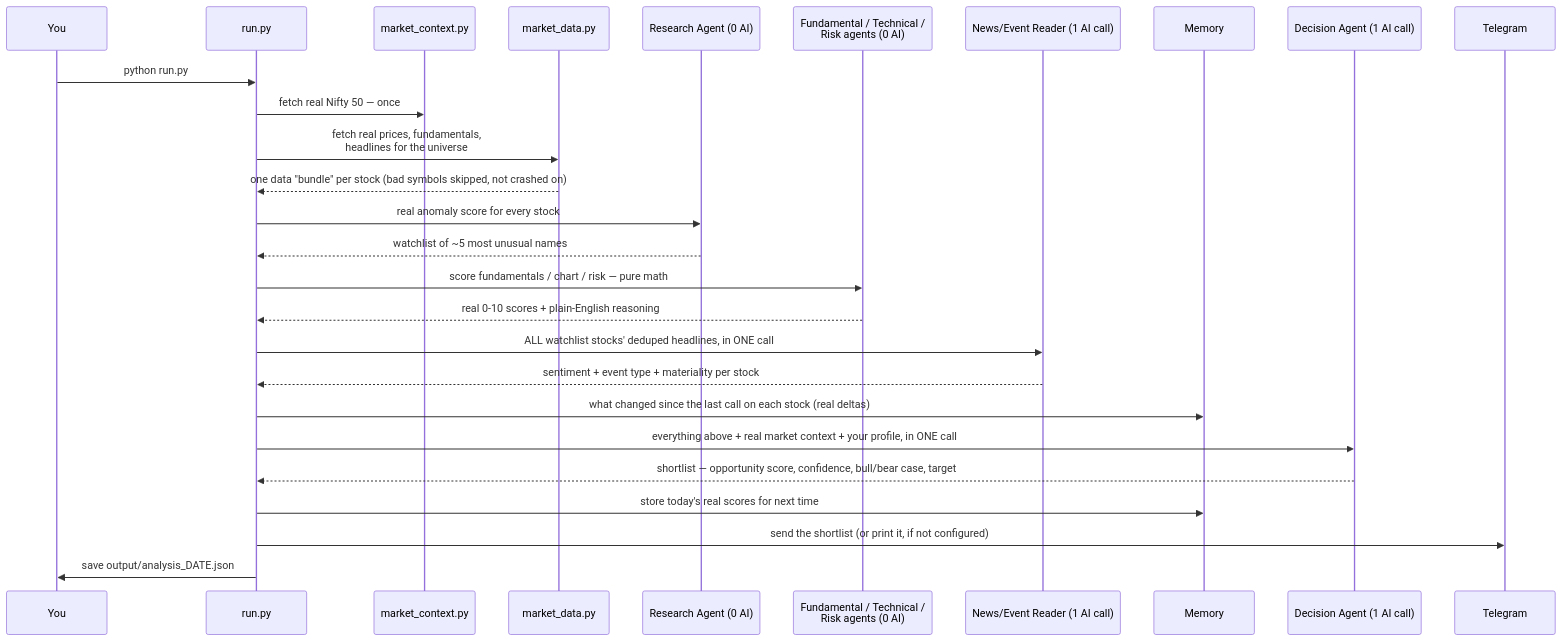
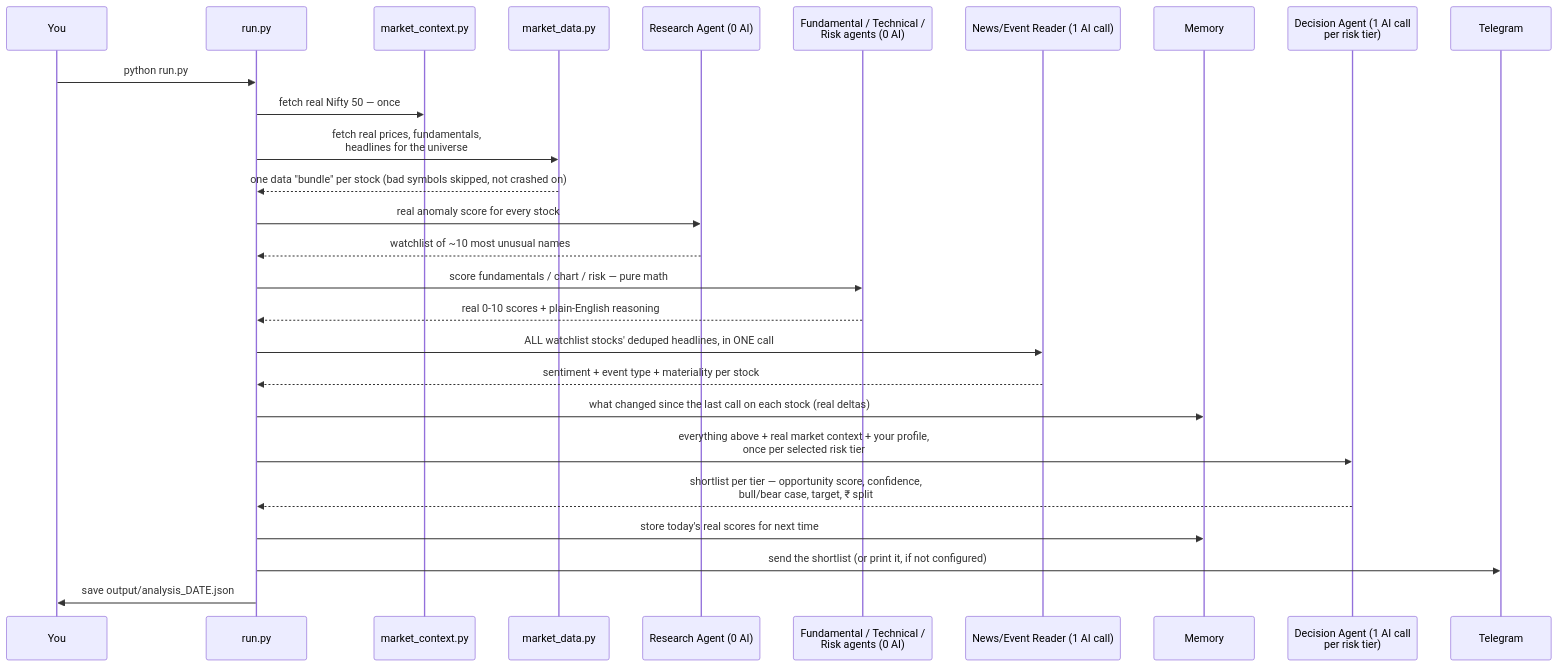
The second of 3 diagrams in README.md (Diksha20Bhatia/ai-equity-analyst), drawn with Mermaid before and after one commit. The commit also changed other lines of this file and 4 other files, not shown here.

````diff
--- a/README.md
+++ b/README.md
@@ -112,30 +148,30 @@
 ```mermaid
 sequenceDiagram
     participant You
     participant Run as run.py
     participant Ctx as market_context.py
     participant Data as market_data.py
     participant Scout as Research Agent (0 AI)
     participant Specs as Fundamental / Technical /<br/>Risk agents (0 AI)
     participant Event as News/Event Reader (1 AI call)
     participant Mem as Memory
-    participant DA as Decision Agent (1 AI call)
+    participant DA as Decision Agent (1 AI call<br/>per risk tier)
     participant TG as Telegram
 
     You->>Run: python run.py
     Run->>Ctx: fetch real Nifty 50 — once
     Run->>Data: fetch real prices, fundamentals,<br/>headlines for the universe
     Data-->>Run: one data "bundle" per stock (bad symbols skipped, not crashed on)
     Run->>Scout: real anomaly score for every stock
-    Scout-->>Run: watchlist of ~5 most unusual names
+    Scout-->>Run: watchlist of ~10 most unusual names
     Run->>Specs: score fundamentals / chart / risk — pure math
     Specs-->>Run: real 0-10 scores + plain-English reasoning
     Run->>Event: ALL watchlist stocks' deduped headlines, in ONE call
     Event-->>Run: sentiment + event type + materiality per stock
     Run->>Mem: what changed since the last call on each stock (real deltas)
-    Run->>DA: everything above + real market context + your profile, in ONE call
-    DA-->>Run: shortlist — opportunity score, confidence, bull/bear case, target
+    Run->>DA: everything above + real market context + your profile,<br/>once per selected risk tier
+    DA-->>Run: shortlist per tier — opportunity score, confidence,<br/>bull/bear case, target, ₹ split
     Run->>Mem: store today's real scores for next time
     Run->>TG: send the shortlist (or print it, if not configured)
     Run->>You: save output/analysis_DATE.json
 ```
````
